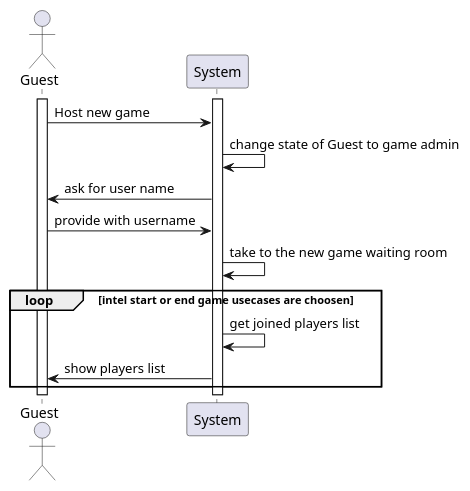
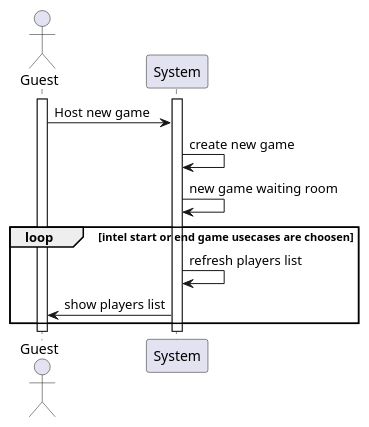
One commit to monoploy-game/design changed the diagram in SDs/guest/host_game.wsd. Above: the diagram before and after it, drawn with PlantUML. The commit also changed 1 other file, not shown here.

Commit message:
updated host game by guest usecase squence and detailed sequnce diagrames, to fit the database structure

```diff
--- a/SDs/guest/host_game.wsd
+++ b/SDs/guest/host_game.wsd
@@ -1,22 +1,19 @@
 @startuml
 
 actor Guest
 
 Activate Guest
 Activate System
 
 Guest ->  System : Host new game
-System -> System : change state of Guest to game admin
-System -> Guest : ask for user name
-Guest ->  System : provide with username
-
-System -> System : take to the new game waiting room
+System -> System : create new game
+System -> System : new game waiting room
 
 loop intel start or end game usecases are choosen
-    System -> System : get joined players list
+    System -> System : refresh players list
     System -> Guest : show players list
 end
 
 
 
 @enduml
```
